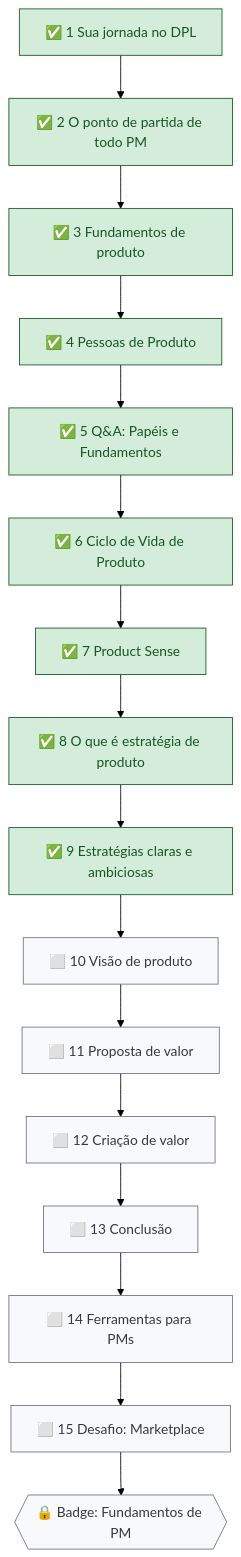
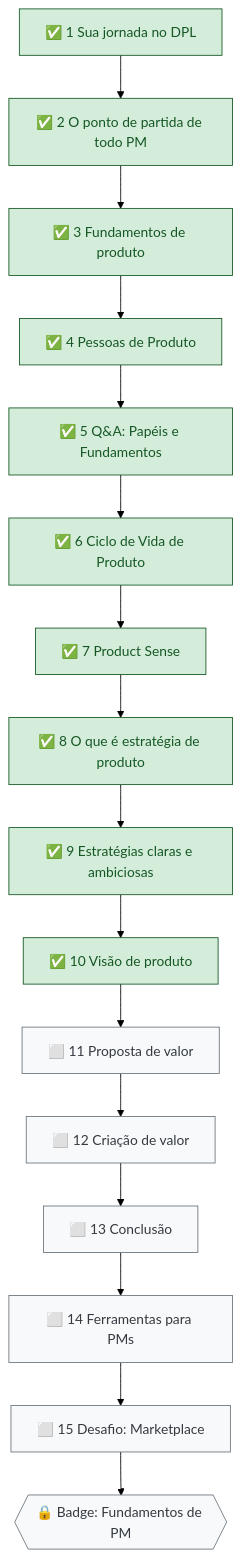
Before and after one commit to letsprown-code/po-learning-journal: the second of 2 diagrams in mapa-de-estudos.md, drawn with Mermaid (forest theme). The commit also changed other lines of this file and 8 other files, not shown here.

First line of the commit message:
DPL 01 aula 10: Visão de produto (nota, imagens, glossário, mapa, projeto)

```diff
--- a/mapa-de-estudos.md
+++ b/mapa-de-estudos.md
@@ -42,13 +42,13 @@
 ~~~mermaid
 flowchart TD
     L1["✅ 1 Sua jornada no DPL"] --> L2["✅ 2 O ponto de partida de todo PM"] --> L3["✅ 3 Fundamentos de produto"]
     L3 --> L4["✅ 4 Pessoas de Produto"] --> L5["✅ 5 Q&A: Papéis e Fundamentos"] --> L6["✅ 6 Ciclo de Vida de Produto"]
     L6 --> L7["✅ 7 Product Sense"] --> L8["✅ 8 O que é estratégia de produto"] --> L9["✅ 9 Estratégias claras e ambiciosas"]
-    L9 --> L10["⬜ 10 Visão de produto"] --> L11["⬜ 11 Proposta de valor"] --> L12["⬜ 12 Criação de valor"]
+    L9 --> L10["✅ 10 Visão de produto"] --> L11["⬜ 11 Proposta de valor"] --> L12["⬜ 12 Criação de valor"]
     L12 --> L13["⬜ 13 Conclusão"] --> L14["⬜ 14 Ferramentas para PMs"] --> L15["⬜ 15 Desafio: Marketplace"]
     L15 --> B{{"🔒 Badge: Fundamentos de PM"}}
     classDef done fill:#d4edda,stroke:#155724,color:#155724
     classDef todo fill:#f8f9fa,stroke:#6c757d,color:#343a40
-    class L1,L2,L3,L4,L5,L6,L7,L8,L9 done
-    class L10,L11,L12,L13,L14,L15,B todo
+    class L1,L2,L3,L4,L5,L6,L7,L8,L9,L10 done
+    class L11,L12,L13,L14,L15,B todo
 ~~~
```
